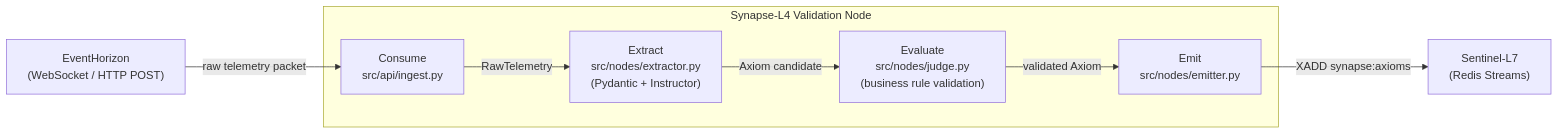
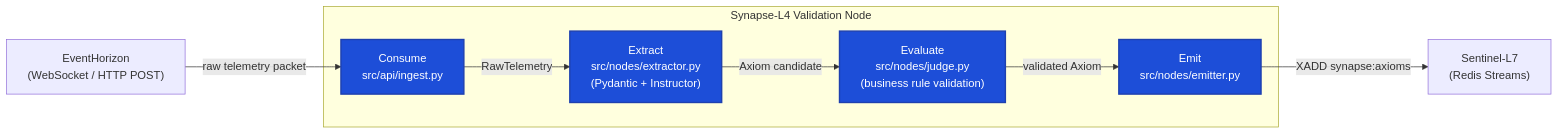
One commit to obrienma/synapse-l4 changed the second of 2 diagrams in README.md. Above: the diagram before and after it, drawn with Mermaid. The commit also changed other lines of this file, not shown here.

````diff
--- a/README.md
+++ b/README.md
@@ -34,20 +124,28 @@
 ```mermaid
 flowchart LR
     EH["EventHorizon\n(WebSocket / HTTP POST)"]
     -->|raw telemetry packet| C
 
     subgraph Synapse-L4 ["Synapse-L4 Validation Node"]
         C["Consume\nsrc/api/ingest.py"]
         -->|RawTelemetry| X
 
         X["Extract\nsrc/nodes/extractor.py\n(Pydantic + Instructor)"]
         -->|Axiom candidate| J
 
         J["Evaluate\nsrc/nodes/judge.py\n(business rule validation)"]
         -->|validated Axiom| E
 
         E["Emit\nsrc/nodes/emitter.py"]
     end
 
     E -->|XADD synapse:axioms| SL7["Sentinel-L7\n(Redis Streams)"]
+
+    click C "https://github.com/obrienma/synapse-l4/tree/master/src/api/ingest.py" "Go to Consume Source"
+    click X "https://github.com/obrienma/synapse-l4/tree/master/src/nodes/extractor.py" "Go to Extract Source"
+    click J "https://github.com/obrienma/synapse-l4/tree/master/src/nodes/judge.py" "Go to Evaluate Source"
+    click E "https://github.com/obrienma/synapse-l4/tree/master/src/nodes/emitter.py" "Go to Emit Source"
+
+    classDef clickable fill:#1d4ed8,stroke:#1e40af,stroke-width:2px,color:#ffffff
+    class C,X,J,E clickable
 ```
````
